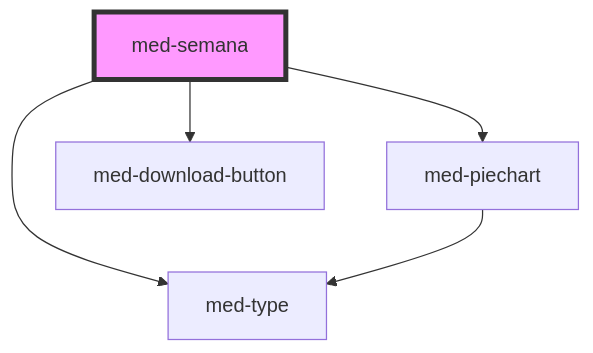
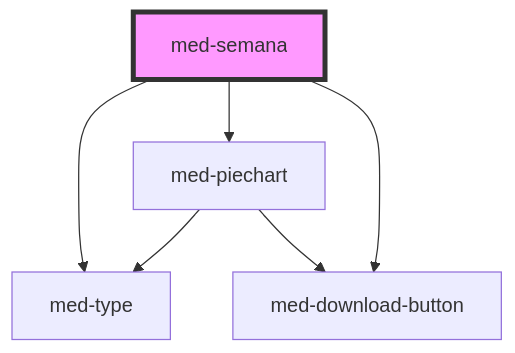
Before and after one commit to MEDGRUPOGIT/ionic-framework-1: the diagram in core/src/components/@medgrupo/compositions/med-semana/readme.md, drawn with Mermaid. The commit also changed other lines of this file and 91 other files, not shown here.

````diff
--- a/core/src/components/@medgrupo/compositions/med-semana/readme.md
+++ b/core/src/components/@medgrupo/compositions/med-semana/readme.md
@@ -26,8 +27,9 @@
 ```mermaid
 graph TD;
   med-semana --> med-type
   med-semana --> med-piechart
   med-semana --> med-download-button
   med-piechart --> med-type
+  med-piechart --> med-download-button
   style med-semana fill:#f9f,stroke:#333,stroke-width:4px
 ```
````
